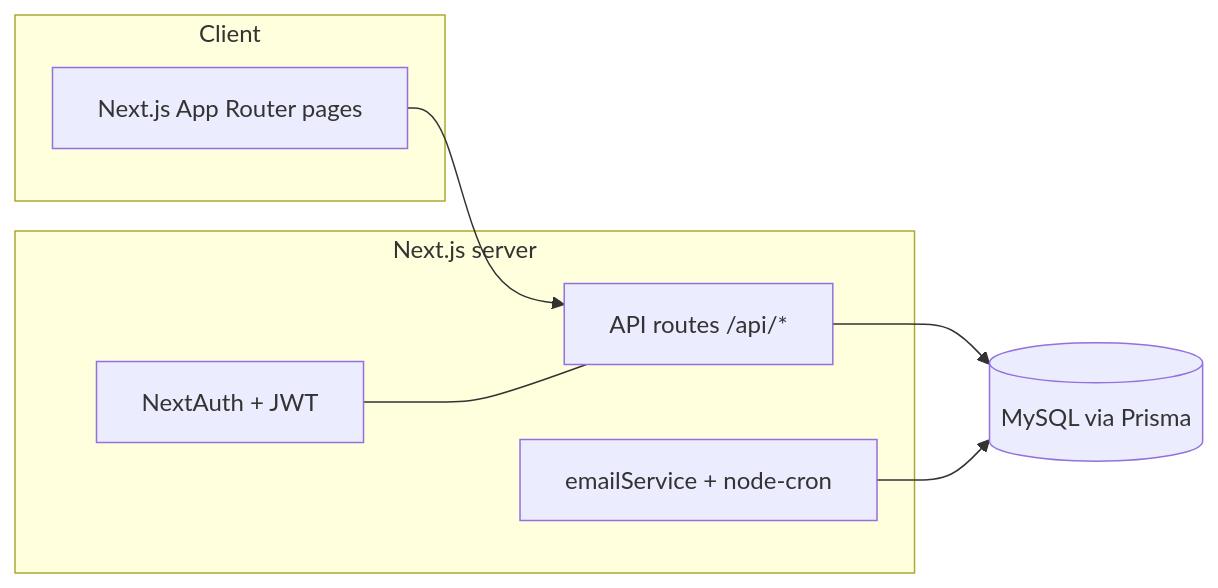
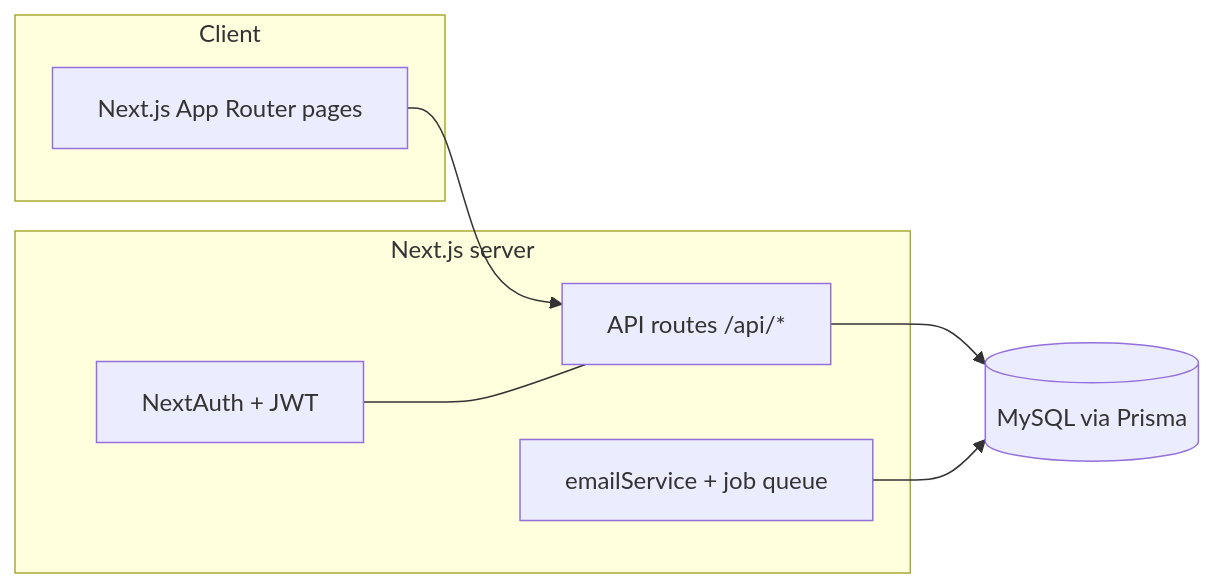
The diagram in CLAUDE.md (21072026/Internship), drawn with Mermaid before and after one commit. The commit also changed other lines of this file and 46 other files, not shown here.

First line of the commit message:
feat(jobs): every scheduled job runs on the queue; initCronJobs is gone (#1677) (#3103)

````diff
--- a/CLAUDE.md
+++ b/CLAUDE.md
@@ -94,15 +94,15 @@
 ```mermaid
 flowchart LR
   subgraph Client
     UI[Next.js App Router pages]
   end
   subgraph Server[Next.js server]
     API[API routes /api/*]
     AUTH[NextAuth + JWT]
-    MAIL[emailService + node-cron]
+    MAIL[emailService + job queue]
   end
   DB[(MySQL via Prisma)]
   UI --> API --> DB
   AUTH --- API
   MAIL --> DB
 ```
````
